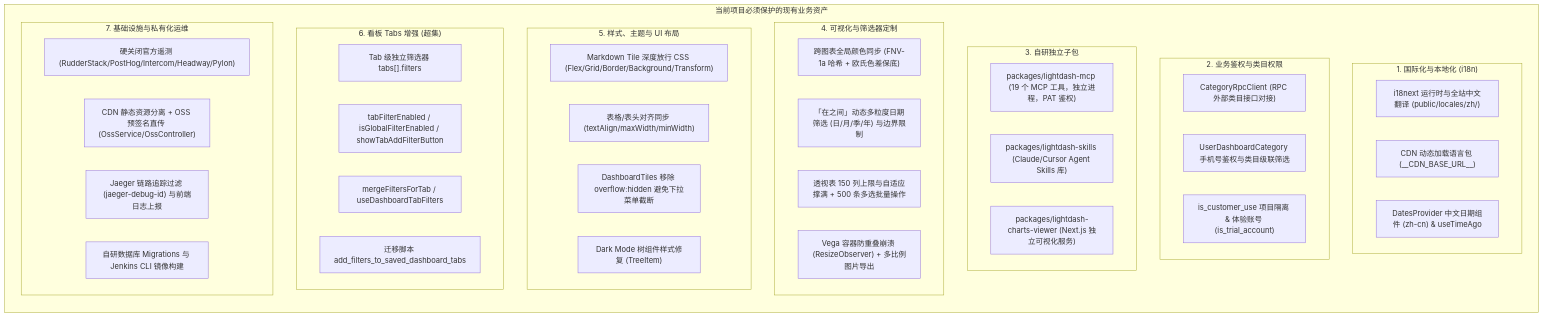
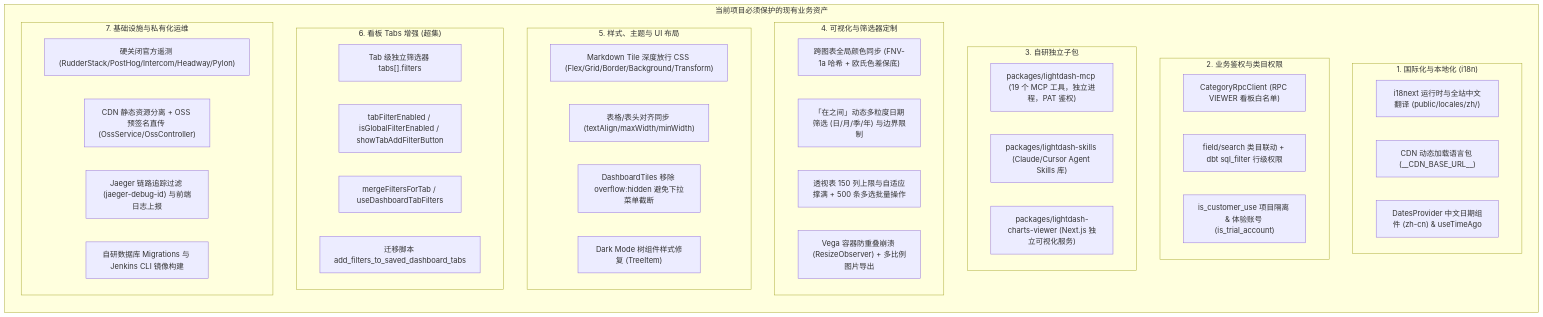
One commit to winwin-inc/lightdash-i18n changed the third of 4 diagrams in docs/v2/v2-upgrade-and-migration-guide.md. Above: the diagram before and after it, drawn with Mermaid. The commit also changed 7 other files, not shown here.

````diff
--- a/docs/v2/v2-upgrade-and-migration-guide.md
+++ b/docs/v2/v2-upgrade-and-migration-guide.md
@@ -153,52 +153,52 @@
 ```mermaid
 flowchart TB
     subgraph ProtectedAssets ["当前项目必须保护的现有业务资产"]
         direction TB
 
         subgraph PA_1 ["1. 国际化与本地化 (i18n)"]
             A1["i18next 运行时与全站中文翻译 (public/locales/zh/)"]
             A2["CDN 动态加载语言包 (__CDN_BASE_URL__)"]
             A3["DatesProvider 中文日期组件 (zh-cn) & useTimeAgo"]
         end
 
         subgraph PA_2 ["2. 业务鉴权与类目权限"]
-            B1["CategoryRpcClient (RPC 外部类目接口对接)"]
-            B2["UserDashboardCategory 手机号鉴权与类目级联筛选"]
+            B1["CategoryRpcClient (RPC VIEWER 看板白名单)"]
+            B2["field/search 类目联动 + dbt sql_filter 行级权限"]
             B3["is_customer_use 项目隔离 & 体验账号 (is_trial_account)"]
         end
 
         subgraph PA_3 ["3. 自研独立子包"]
             C1["packages/lightdash-mcp (19 个 MCP 工具，独立进程，PAT 鉴权)"]
             C2["packages/lightdash-skills (Claude/Cursor Agent Skills 库)"]
             C3["packages/lightdash-charts-viewer (Next.js 独立可视化服务)"]
         end
 
         subgraph PA_4 ["4. 可视化与筛选器定制"]
             D1["跨图表全局颜色同步 (FNV-1a 哈希 + 欧氏色差保底)"]
             D2["「在之间」动态多粒度日期筛选 (日/月/季/年) 与边界限制"]
             D3["透视表 150 列上限与自适应撑满 + 500 条多选批量操作"]
             D4["Vega 容器防重叠崩溃 (ResizeObserver) + 多比例图片导出"]
         end
 
         subgraph PA_5 ["5. 样式、主题与 UI 布局"]
             E1["Markdown Tile 深度放行 CSS (Flex/Grid/Border/Background/Transform)"]
             E2["表格/表头对齐同步 (textAlign/maxWidth/minWidth)"]
             E3["DashboardTiles 移除 overflow:hidden 避免下拉菜单截断"]
             E4["Dark Mode 树组件样式修复 (TreeItem)"]
         end
 
         subgraph PA_6 ["6. 看板 Tabs 增强 (超集)"]
             T1["Tab 级独立筛选器 tabs[].filters"]
             T2["tabFilterEnabled / isGlobalFilterEnabled / showTabAddFilterButton"]
             T3["mergeFiltersForTab / useDashboardTabFilters"]
             T4["迁移脚本 add_filters_to_saved_dashboard_tabs"]
         end
 
         subgraph PA_7 ["7. 基础设施与私有化运维"]
             G1["硬关闭官方遥测 (RudderStack/PostHog/Intercom/Headway/Pylon)"]
             G2["CDN 静态资源分离 + OSS 预签名直传 (OssService/OssController)"]
             G3["Jaeger 链路追踪过滤 (jaeger-debug-id) 与前端日志上报"]
             G4["自研数据库 Migrations 与 Jenkins CLI 镜像构建"]
         end
     end
 ```
````
